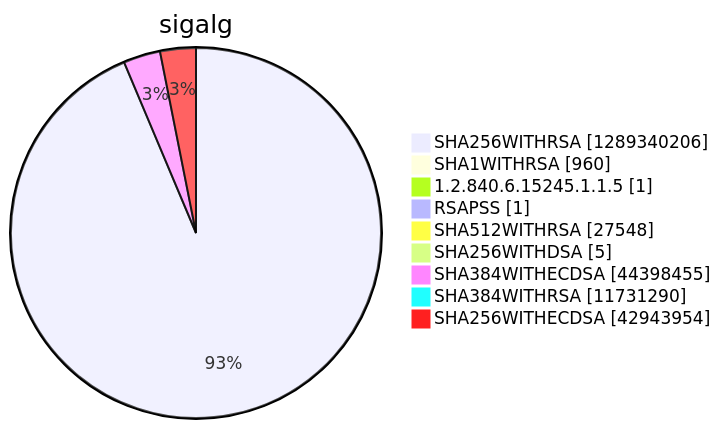
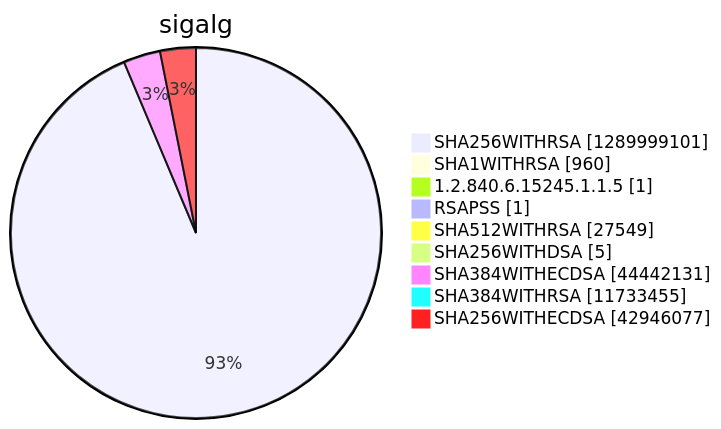
One commit to christiankrug/ctmonitor_visualization changed diagram 15 of 15 in argon2022/README.md. Above: the diagram before and after it, drawn with Mermaid. The commit also changed other lines of this file, not shown here.

````diff
--- a/argon2022/README.md
+++ b/argon2022/README.md
@@ -5523,13 +5523,13 @@
 ```mermaid
 pie showData
 title sigalg
-"SHA256WITHRSA" :1289340206
+"SHA256WITHRSA" :1289999101
 "SHA1WITHRSA" :960
 "1.2.840.6.15245.1.1.5" :1
 "RSAPSS" :1
-"SHA512WITHRSA" :27548
+"SHA512WITHRSA" :27549
 "SHA256WITHDSA" :5
-"SHA384WITHECDSA" :44398455
-"SHA384WITHRSA" :11731290
-"SHA256WITHECDSA" :42943954
+"SHA384WITHECDSA" :44442131
+"SHA384WITHRSA" :11733455
+"SHA256WITHECDSA" :42946077
 ```
````
